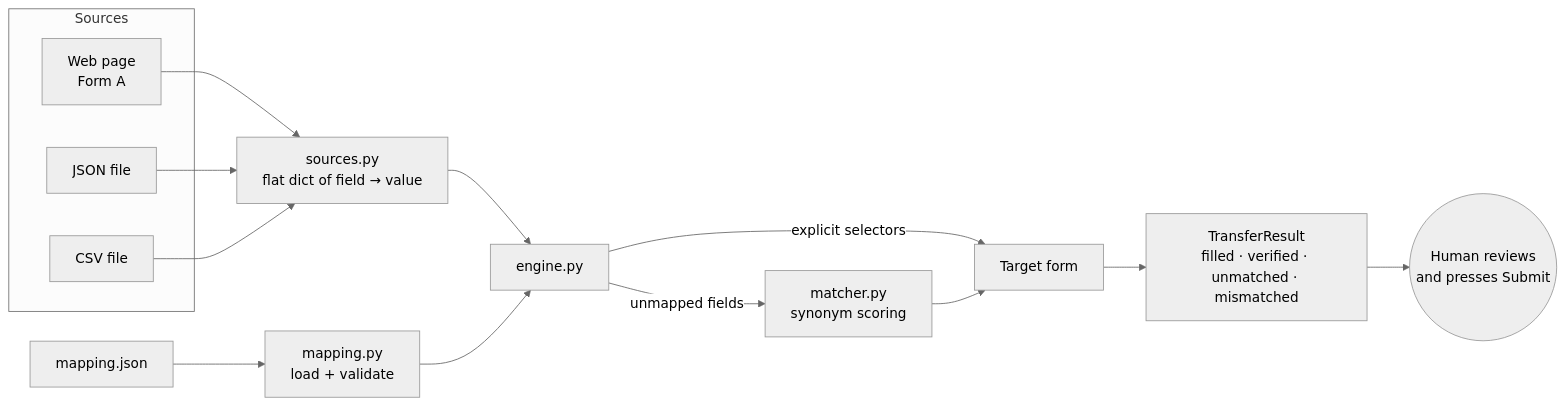
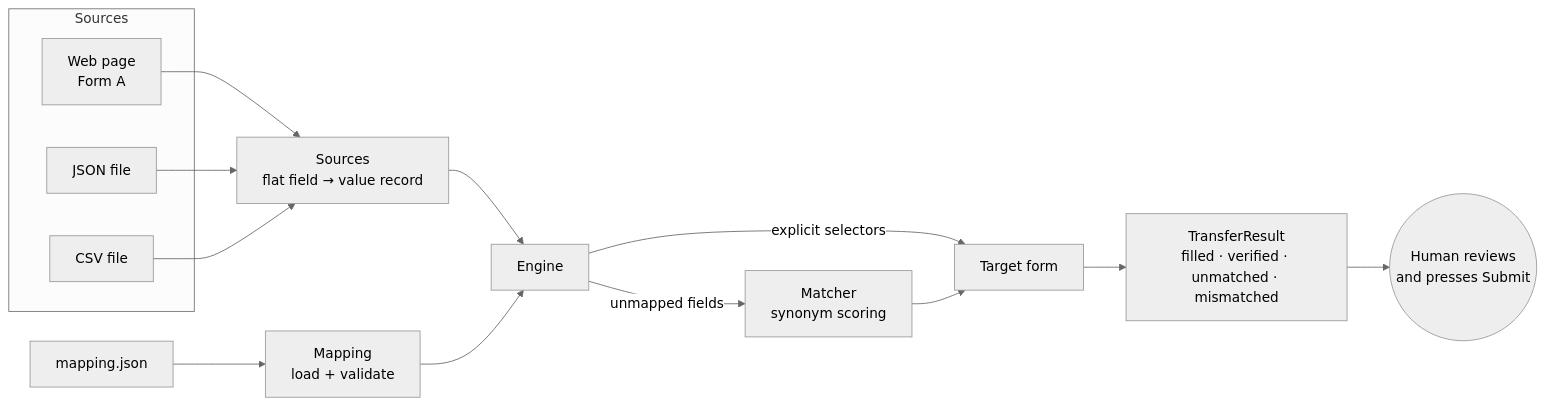
Before and after one commit to singhharvendra/CrossFill: the diagram in docs/architecture.md, drawn with Mermaid (neutral theme). The commit also changed other lines of this file and 66 other files, not shown here.

````diff
--- a/docs/architecture.md
+++ b/docs/architecture.md
@@ -5,16 +9,16 @@
 ```mermaid
 flowchart LR
     subgraph Sources
       W[Web page<br/>Form A]
       J[JSON file]
       C[CSV file]
     end
-    W & J & C --> S[sources.py<br/>flat dict of field → value]
-    M[mapping.json] --> V[mapping.py<br/>load + validate]
-    S --> E[engine.py]
+    W & J & C --> S[Sources<br/>flat field → value record]
+    M[mapping.json] --> V[Mapping<br/>load + validate]
+    S --> E[Engine]
     V --> E
     E -->|explicit selectors| F[Target form]
-    E -->|unmapped fields| X[matcher.py<br/>synonym scoring] --> F
+    E -->|unmapped fields| X[Matcher<br/>synonym scoring] --> F
     F --> R[TransferResult<br/>filled · verified · unmatched · mismatched]
     R --> H((Human reviews<br/>and presses Submit))
 ```
````
